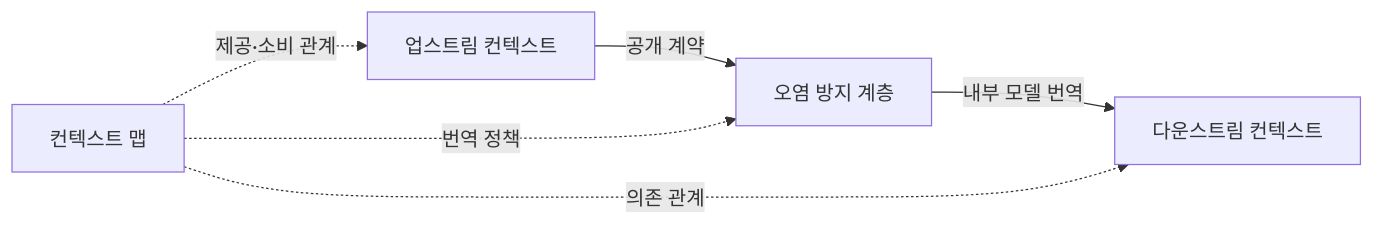
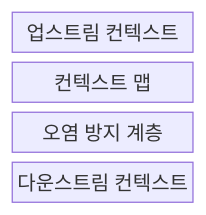
Before and after one commit to agnusdei1207/knowledge-base: the first of 2 diagrams in src/content/docs/notes/03-software/050_bounded_context.md, drawn with Mermaid. The commit also changed other lines of this file and 20 other files, not shown here.

````diff
--- a/src/content/docs/notes/03-software/050_bounded_context.md
+++ b/src/content/docs/notes/03-software/050_bounded_context.md
@@ -62,12 +60,8 @@
 ```mermaid
-flowchart LR
-    U[업스트림 컨텍스트]
-    C[컨텍스트 맵]
-    A[오염 방지 계층]
-    D[다운스트림 컨텍스트]
-    U -->|공개 계약| A
-    A -->|내부 모델 번역| D
-    C -.->|제공·소비 관계| U
-    C -.->|번역 정책| A
-    C -.->|의존 관계| D
+block
+  columns 1
+  U["업스트림 컨텍스트"]
+  C["컨텍스트 맵"]
+  A["오염 방지 계층"]
+  D["다운스트림 컨텍스트"]
 ```
````
